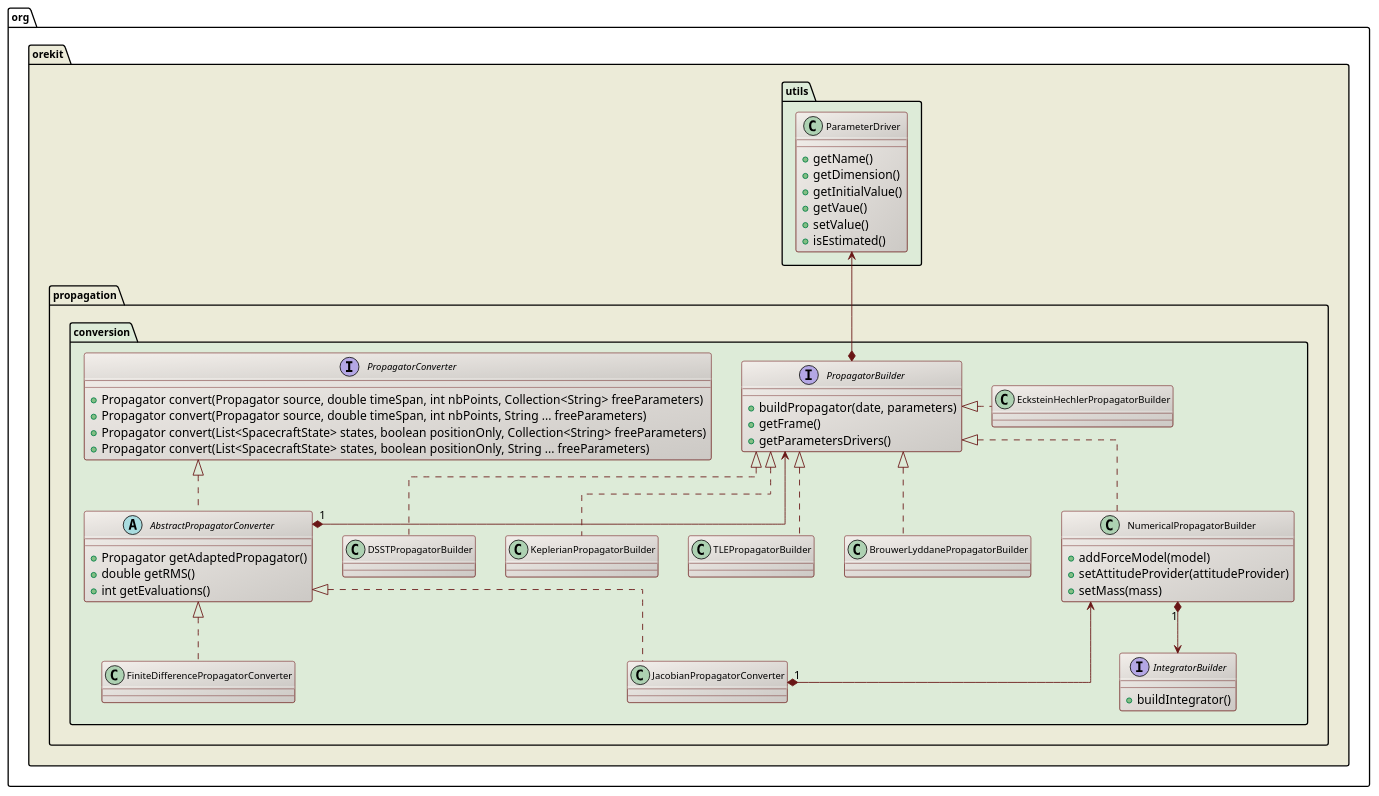
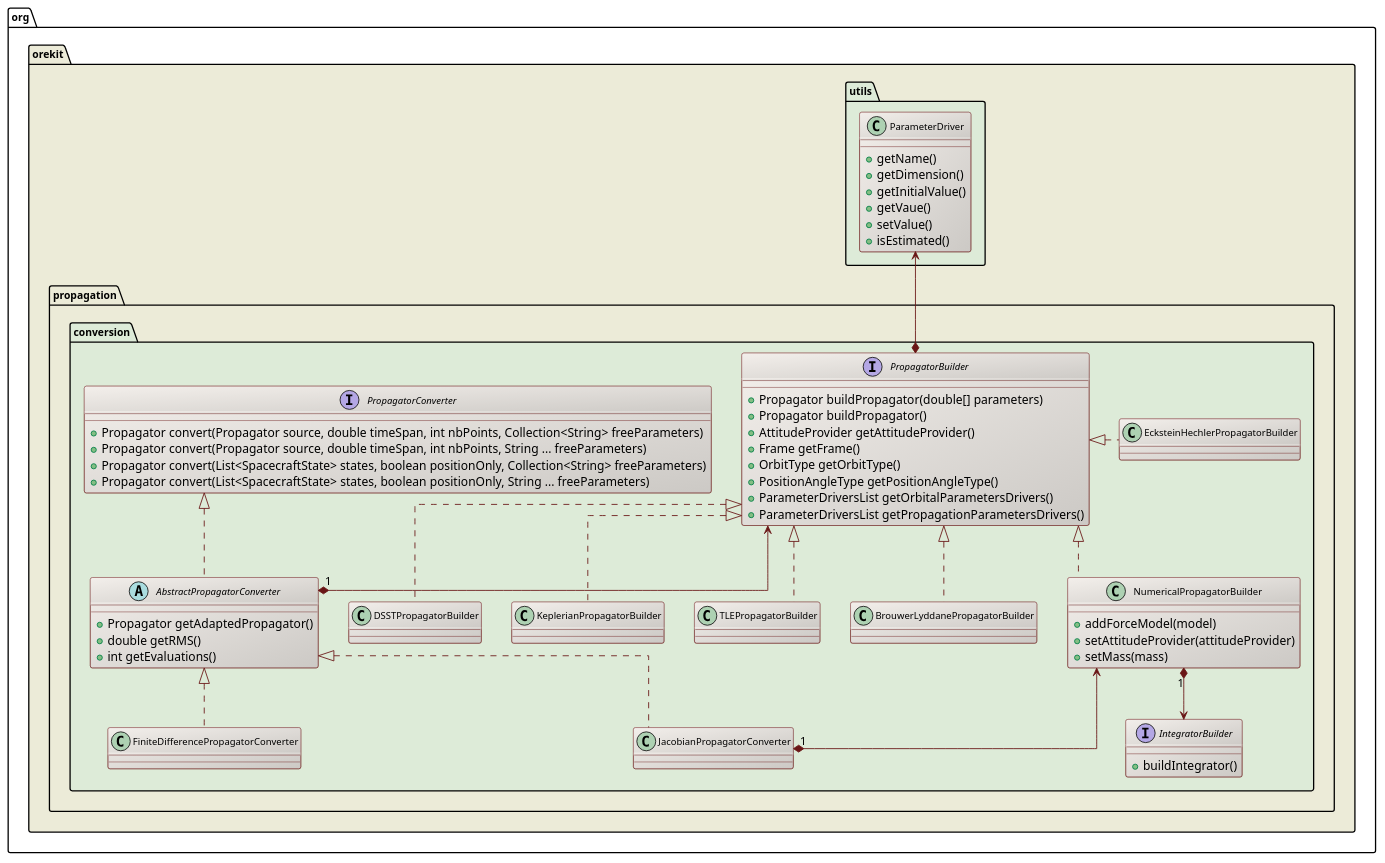
Before and after one commit to CS-SI/Orekit: the diagram in src/design/propagator-conversion-class-diagram.puml, drawn with PlantUML. The commit also changed 8 other files, not shown here.

Commit message:
Updated UML diagrams.

```diff
--- a/src/design/propagator-conversion-class-diagram.puml
+++ b/src/design/propagator-conversion-class-diagram.puml
@@ -17,88 +17,93 @@
 @startuml
 
   skinparam svek                  true
   skinparam ClassBackgroundColor  #F3EFEB/CCC9C5
   skinparam ClassArrowColor       #691616
   skinparam ClassBorderColor      #691616
   skinparam NoteBackgroundColor   #F3EFEB
   skinparam NoteBorderColor       #691616
   skinparam NoteFontColor         #691616
   skinparam ClassFontSize         11
   skinparam PackageFontSize       12
   skinparam linetype              ortho
 
   package org.orekit #ECEBD8 {
     package utils #DDEBD8 {
       class ParameterDriver {
         +getName()
         +getDimension()
         +getInitialValue()
         +getVaue()
         +setValue()
         +isEstimated()
       }
     }
 
     package propagation.conversion #DDEBD8 {
 
       interface PropagatorBuilder {
-        +buildPropagator(date, parameters)
-        +getFrame()
-        +getParametersDrivers()
+        +Propagator buildPropagator(double[] parameters)
+        +Propagator buildPropagator()
+        +AttitudeProvider getAttitudeProvider()
+        +Frame getFrame()
+        +OrbitType getOrbitType()
+        +PositionAngleType getPositionAngleType()
+        +ParameterDriversList getOrbitalParametersDrivers()
+        +ParameterDriversList getPropagationParametersDrivers()
       }
 
       class NumericalPropagatorBuilder {
         +addForceModel(model)
         +setAttitudeProvider(attitudeProvider)
         +setMass(mass)
       }
 
       class DSSTPropagatorBuilder
       class KeplerianPropagatorBuilder
       class TLEPropagatorBuilder
       class EcksteinHechlerPropagatorBuilder
       class BrouwerLyddanePropagatorBuilder
 
       interface PropagatorConverter {
         +Propagator convert(Propagator source, double timeSpan, int nbPoints, Collection<String> freeParameters)
         +Propagator convert(Propagator source, double timeSpan, int nbPoints, String ... freeParameters)
         +Propagator convert(List<SpacecraftState> states, boolean positionOnly, Collection<String> freeParameters)
         +Propagator convert(List<SpacecraftState> states, boolean positionOnly, String ... freeParameters)
       }
 
       abstract class AbstractPropagatorConverter {
         +Propagator getAdaptedPropagator()
         +double getRMS()
         +int getEvaluations()
       }
 
       class FiniteDifferencePropagatorConverter
       class JacobianPropagatorConverter
 
       interface IntegratorBuilder {
         +buildIntegrator()
       }
 
       NumericalPropagatorBuilder <-* "1" JacobianPropagatorConverter
 
       NumericalPropagatorBuilder "1" *--> IntegratorBuilder
 
       ParameterDriver  <--* PropagatorBuilder
       PropagatorBuilder <|.. NumericalPropagatorBuilder
       PropagatorBuilder <|.. KeplerianPropagatorBuilder
       PropagatorBuilder <|.. TLEPropagatorBuilder
       PropagatorBuilder <|.. DSSTPropagatorBuilder
       PropagatorBuilder <|.. BrouwerLyddanePropagatorBuilder
       PropagatorBuilder <|.right. EcksteinHechlerPropagatorBuilder
 
       PropagatorConverter <|.. AbstractPropagatorConverter
       AbstractPropagatorConverter <|.. JacobianPropagatorConverter
       AbstractPropagatorConverter <|.. FiniteDifferencePropagatorConverter
 
       PropagatorBuilder <--* "1" AbstractPropagatorConverter
 
     }
   }
 
 
 @enduml
```
